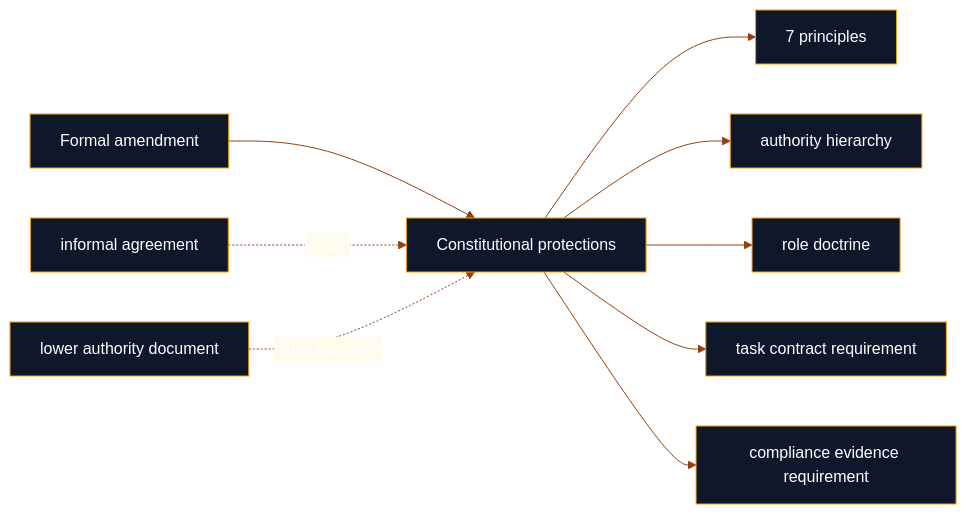
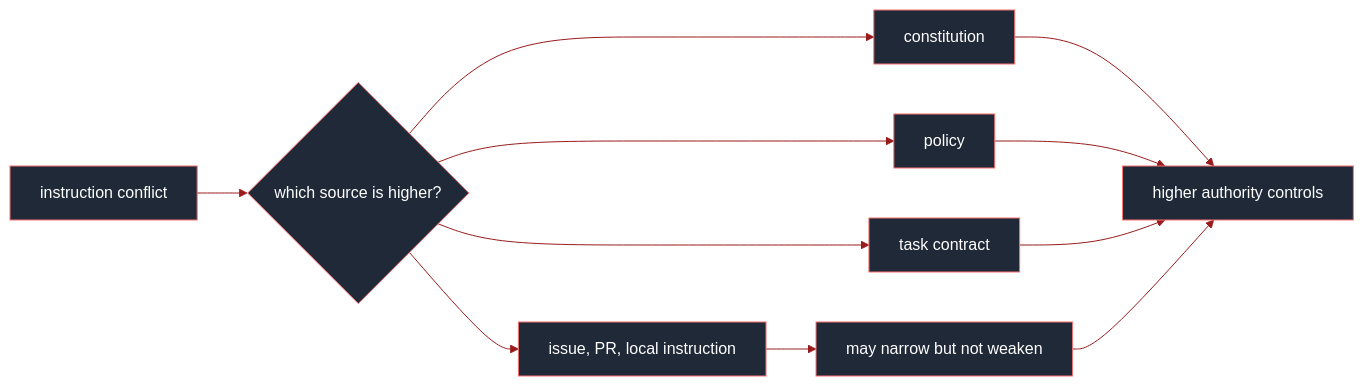
One commit to flynn33/forsetti-agentic-edition changed the second of 3 diagrams in wiki/Constitution.md. Above: the diagram before and after it, drawn with Mermaid. The commit also changed other lines of this file and 11 other files, not shown here.

````diff
--- a/wiki/Constitution.md
+++ b/wiki/Constitution.md
@@ -44,12 +45,14 @@
 ```mermaid
-%%{init: {"theme":"base","themeVariables":{"primaryColor":"#0f172a","primaryTextColor":"#ffffff","primaryBorderColor":"#f59e0b","lineColor":"#92400e","secondaryColor":"#fffbeb","tertiaryColor":"#f8fafc"}}}%%
+%%{init: {"theme":"base","themeVariables":{"primaryColor":"#1f2937","primaryTextColor":"#ffffff","primaryBorderColor":"#f87171","lineColor":"#991b1b","secondaryColor":"#fef2f2","tertiaryColor":"#f8fafc"}}}%%
 flowchart LR
-    Amendment["Formal amendment"] --> Protections["Constitutional protections"]
-    Protections --> Principles["7 principles"]
-    Protections --> Hierarchy["authority hierarchy"]
-    Protections --> Roles["role doctrine"]
-    Protections --> Contracts["task contract requirement"]
-    Protections --> Evidence["compliance evidence requirement"]
-    Informal["informal agreement"] -. invalid .-> Protections
-    LowerDoc["lower authority document"] -. cannot weaken .-> Protections
+    Conflict["instruction conflict"] --> Rank{"which source is higher?"}
+    Rank --> Constitution["constitution"]
+    Rank --> Policy["policy"]
+    Rank --> Contract["task contract"]
+    Rank --> Local["issue, PR, local instruction"]
+    Constitution --> Applies["higher authority controls"]
+    Policy --> Applies
+    Contract --> Applies
+    Local --> Narrow["may narrow but not weaken"]
+    Narrow --> Applies
 ```
````
